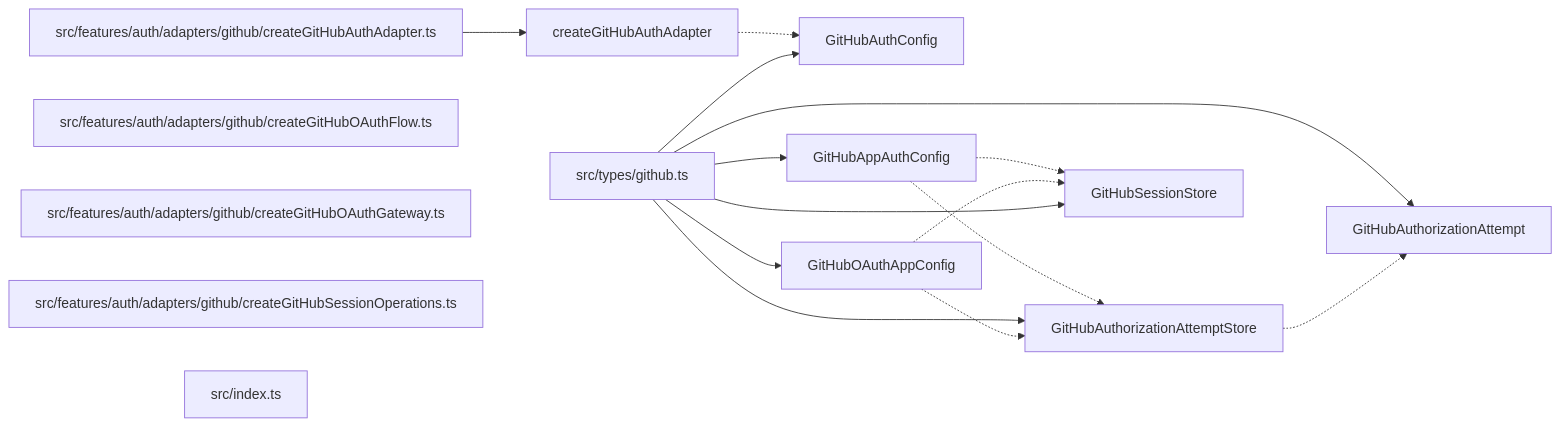
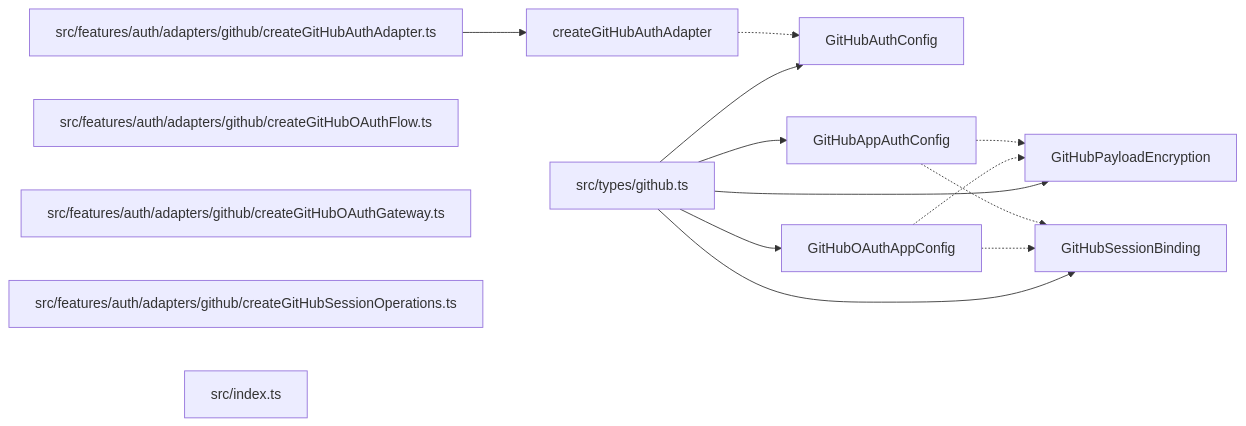
Before and after one commit to ankhorage/auth-github: the diagram in paradox/diagrams/export-graph.mmd, drawn with Mermaid. The commit also changed 10 other files, not shown here.

```diff
--- a/paradox/diagrams/export-graph.mmd
+++ b/paradox/diagrams/export-graph.mmd
@@ -1,27 +1,24 @@
 graph LR
   module_src_features_auth_adapters_github_createGitHubAuthAdapter_ts["src/features/auth/adapters/github/createGitHubAuthAdapter.ts"]
   module_src_features_auth_adapters_github_createGitHubOAuthFlow_ts["src/features/auth/adapters/github/createGitHubOAuthFlow.ts"]
   module_src_features_auth_adapters_github_createGitHubOAuthGateway_ts["src/features/auth/adapters/github/createGitHubOAuthGateway.ts"]
   module_src_features_auth_adapters_github_createGitHubSessionOperations_ts["src/features/auth/adapters/github/createGitHubSessionOperations.ts"]
   module_src_index_ts["src/index.ts"]
   module_src_types_github_ts["src/types/github.ts"]
   export_createGitHubAuthAdapter["createGitHubAuthAdapter"]
   module_src_features_auth_adapters_github_createGitHubAuthAdapter_ts --> export_createGitHubAuthAdapter
   export_createGitHubAuthAdapter -.-> export_GitHubAuthConfig
   export_GitHubAppAuthConfig["GitHubAppAuthConfig"]
   module_src_types_github_ts --> export_GitHubAppAuthConfig
-  export_GitHubAppAuthConfig -.-> export_GitHubAuthorizationAttemptStore
-  export_GitHubAppAuthConfig -.-> export_GitHubSessionStore
+  export_GitHubAppAuthConfig -.-> export_GitHubPayloadEncryption
+  export_GitHubAppAuthConfig -.-> export_GitHubSessionBinding
   export_GitHubAuthConfig["GitHubAuthConfig"]
   module_src_types_github_ts --> export_GitHubAuthConfig
-  export_GitHubAuthorizationAttempt["GitHubAuthorizationAttempt"]
-  module_src_types_github_ts --> export_GitHubAuthorizationAttempt
-  export_GitHubAuthorizationAttemptStore["GitHubAuthorizationAttemptStore"]
-  module_src_types_github_ts --> export_GitHubAuthorizationAttemptStore
-  export_GitHubAuthorizationAttemptStore -.-> export_GitHubAuthorizationAttempt
   export_GitHubOAuthAppConfig["GitHubOAuthAppConfig"]
   module_src_types_github_ts --> export_GitHubOAuthAppConfig
-  export_GitHubOAuthAppConfig -.-> export_GitHubAuthorizationAttemptStore
-  export_GitHubOAuthAppConfig -.-> export_GitHubSessionStore
-  export_GitHubSessionStore["GitHubSessionStore"]
-  module_src_types_github_ts --> export_GitHubSessionStore
+  export_GitHubOAuthAppConfig -.-> export_GitHubPayloadEncryption
+  export_GitHubOAuthAppConfig -.-> export_GitHubSessionBinding
+  export_GitHubPayloadEncryption["GitHubPayloadEncryption"]
+  module_src_types_github_ts --> export_GitHubPayloadEncryption
+  export_GitHubSessionBinding["GitHubSessionBinding"]
+  module_src_types_github_ts --> export_GitHubSessionBinding
```
